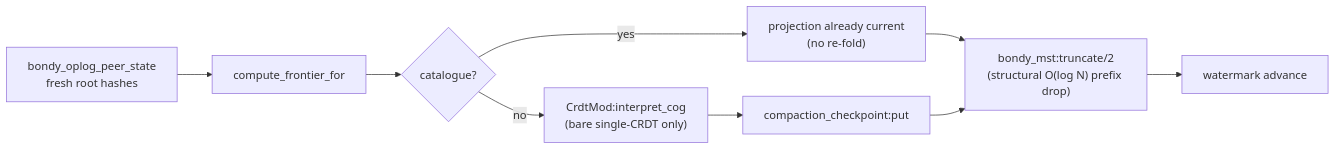
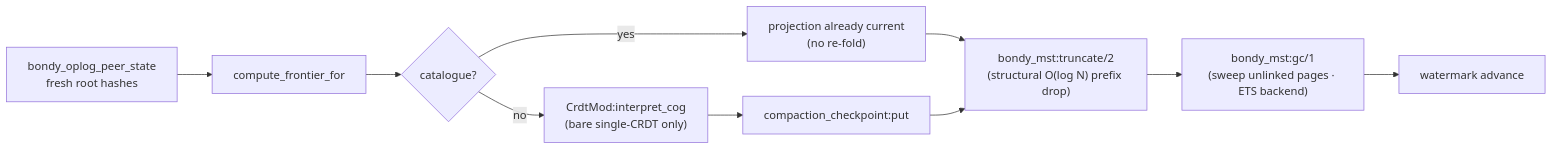
One commit to bondy-io/bondy changed the ninth of 9 diagrams in apps/bondy_db/doc_extras/architecture/01_bondy_oplog.md. Above: the diagram before and after it, drawn with Mermaid. The commit also changed other lines of this file and 19 other files, not shown here.

Commit message:
Fixed bondy_oplog_gc_scheduler head-of-line starvation, MST page leak on ETS, and other fixes

````diff
--- a/apps/bondy_db/doc_extras/architecture/01_bondy_oplog.md
+++ b/apps/bondy_db/doc_extras/architecture/01_bondy_oplog.md
@@ -497,16 +502,17 @@
 ```mermaid
 flowchart LR
     PEERS["bondy_oplog_peer_state<br/>fresh root hashes"]
     FRONT["compute_frontier_for"]
     MODE{"catalogue?"}
     FAST["projection already current<br/>(no re-fold)"]
     INTERP["CrdtMod:interpret_cog<br/>(bare single-CRDT only)"]
     CKPT[compaction_checkpoint:put]
     TRUNC["bondy_mst:truncate/2<br/>(structural O(log N) prefix drop)"]
+    GC["bondy_mst:gc/1<br/>(sweep unlinked pages · ETS backend)"]
     WM[watermark advance]
 
     PEERS --> FRONT --> MODE
     MODE -->|yes| FAST --> TRUNC
     MODE -->|no| INTERP --> CKPT --> TRUNC
-    TRUNC --> WM
+    TRUNC --> GC --> WM
 ```
````
